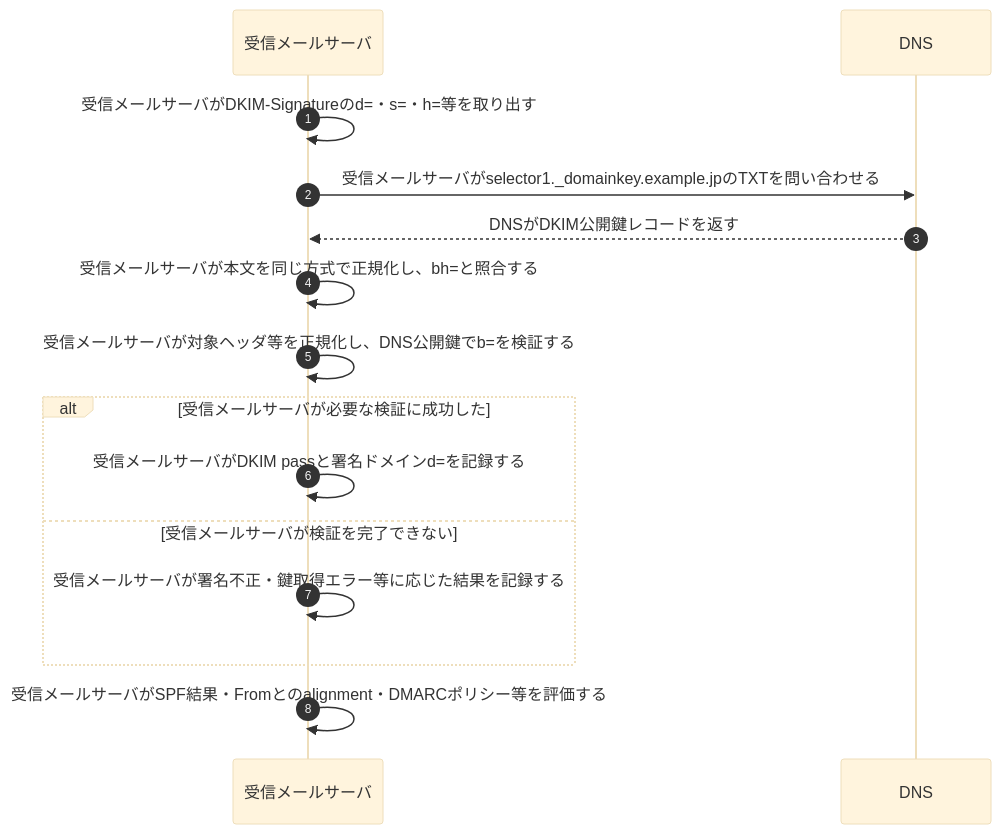
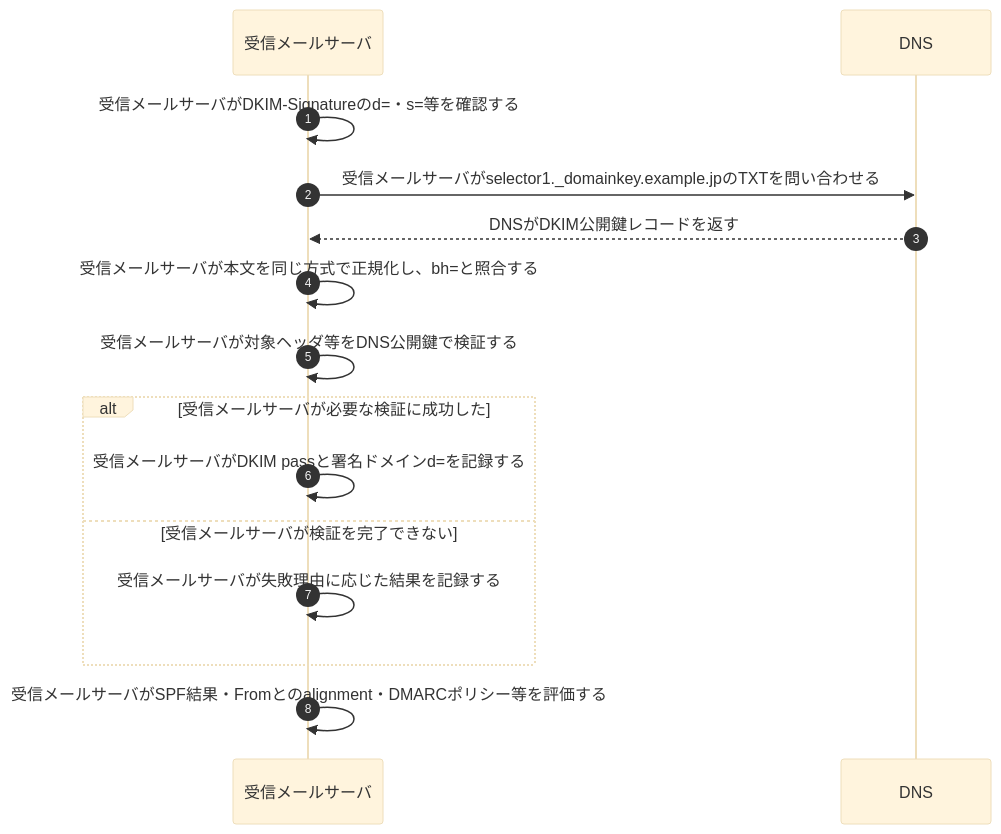
The second of 2 diagrams in 復習用/流れ図/DKIMの署名と検証.md (ryusuke2003/security-specialist-study), drawn with Mermaid (base theme) before and after one commit. The commit also changed other lines of this file, not shown here.

Commit message:
DKIM流れ図のタグ仕様詳細を試験向けに整理

````diff
--- a/復習用/流れ図/DKIMの署名と検証.md
+++ b/復習用/流れ図/DKIMの署名と検証.md
@@ -57,18 +56,18 @@
 ```mermaid
 sequenceDiagram
     autonumber
     participant R as 受信メールサーバ
     participant D as DNS
 
-    R->>R: 受信メールサーバがDKIM-Signatureのd=・s=・h=等を取り出す
+    R->>R: 受信メールサーバがDKIM-Signatureのd=・s=等を確認する
     R->>D: 受信メールサーバがselector1._domainkey.example.jpのTXTを問い合わせる
     D-->>R: DNSがDKIM公開鍵レコードを返す
     R->>R: 受信メールサーバが本文を同じ方式で正規化し、bh=と照合する
-    R->>R: 受信メールサーバが対象ヘッダ等を正規化し、DNS公開鍵でb=を検証する
+    R->>R: 受信メールサーバが対象ヘッダ等をDNS公開鍵で検証する
     alt 受信メールサーバが必要な検証に成功した
         R->>R: 受信メールサーバがDKIM passと署名ドメインd=を記録する
     else 受信メールサーバが検証を完了できない
-        R->>R: 受信メールサーバが署名不正・鍵取得エラー等に応じた結果を記録する
+        R->>R: 受信メールサーバが失敗理由に応じた結果を記録する
     end
     R->>R: 受信メールサーバがSPF結果・Fromとのalignment・DMARCポリシー等を評価する
 ```
````
